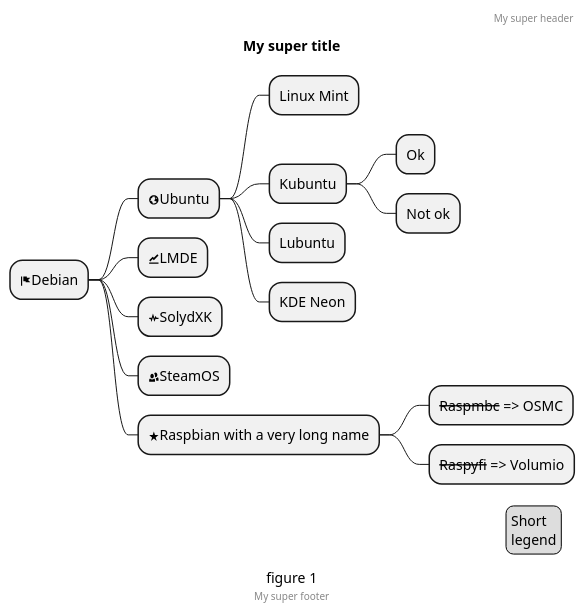
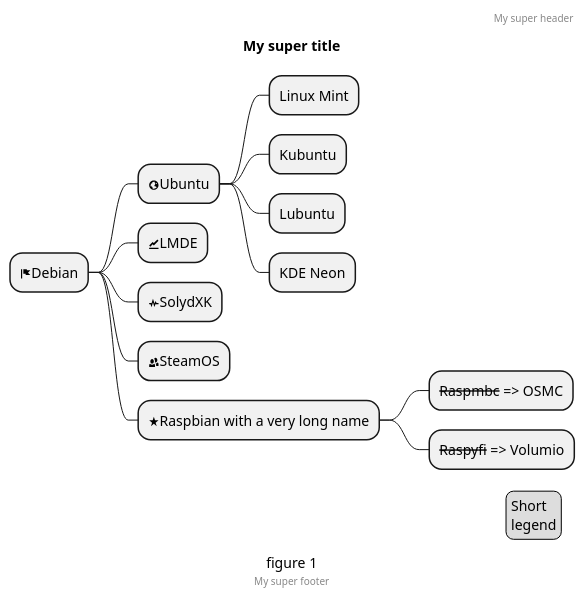
One commit to Stanyslav25/Plant_Uml_VCS changed the diagram in Diagram/MindMapTest.puml. Above: the diagram before and after it, drawn with PlantUML. The commit also changed 1 other file, not shown here.

Commit message:
Change diagramm

```diff
--- a/Diagram/MindMapTest.puml
+++ b/Diagram/MindMapTest.puml
@@ -1,32 +1,30 @@
 @startmindmap
 'https://plantuml.com/mindmap-diagram
 
 caption figure 1
 title My super title
 
 * <&flag>Debian
 ** <&globe>Ubuntu
 *** Linux Mint
 *** Kubuntu
-**** Ok
-**** Not ok
 *** Lubuntu
 *** KDE Neon
 ** <&graph>LMDE
 ** <&pulse>SolydXK
 ** <&people>SteamOS
 ** <&star>Raspbian with a very long name
 *** <s>Raspmbc</s> => OSMC
 *** <s>Raspyfi</s> => Volumio
 
 header
 My super header
 endheader
 
 center footer My super footer
 
 legend right
   Short
   legend
 endlegend
 @endmindmap
```
